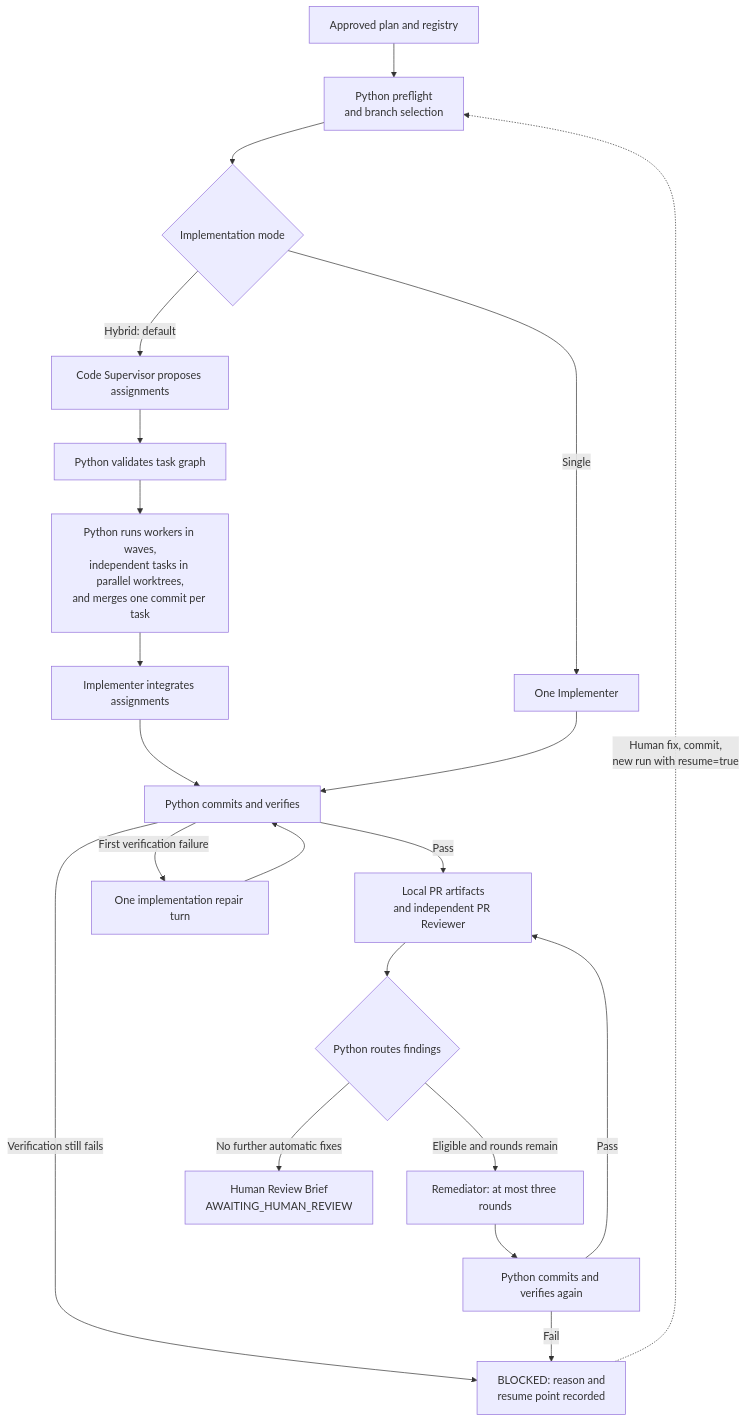
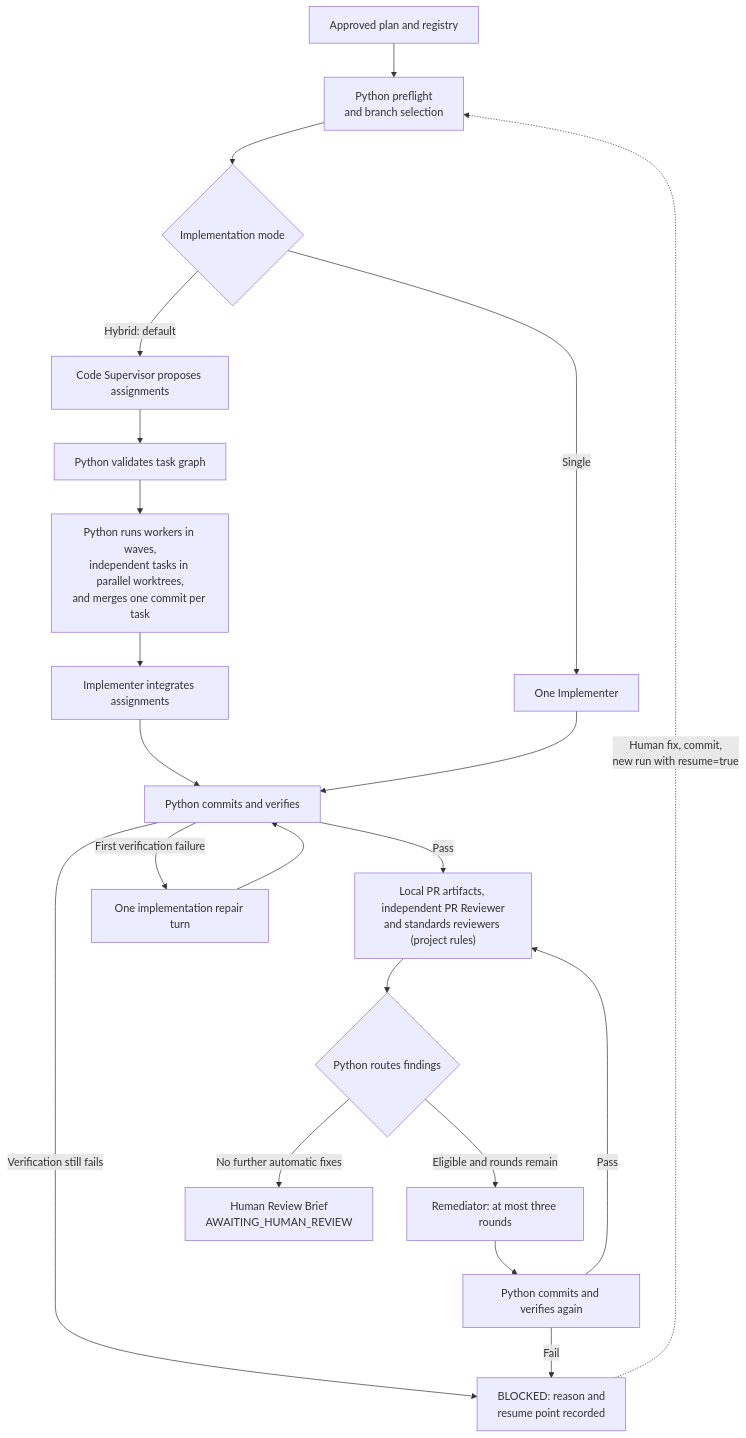
One commit to somr/awscao_agenticwflw changed the fourth of 6 diagrams in agentic-sdlc-docs/architecture.md. Above: the diagram before and after it, drawn with Mermaid. The commit also changed other lines of this file and 15 other files, not shown here.

First line of the commit message:
Document project rules for the reviewers

````diff
--- a/agentic-sdlc-docs/architecture.md
+++ b/agentic-sdlc-docs/architecture.md
@@ -105,23 +105,23 @@
 ```mermaid
 flowchart TD
     P["Approved plan and registry"] --> CHECK["Python preflight<br/>and branch selection"]
     CHECK --> MODE{"Implementation mode"}
     MODE -->|Hybrid: default| SUP["Code Supervisor proposes assignments"]
     SUP --> GRAPH["Python validates task graph"]
     GRAPH --> WORK["Python runs workers in waves,<br/>independent tasks in parallel worktrees,<br/>and merges one commit per task"]
     WORK --> INT["Implementer integrates assignments"]
     MODE -->|Single| IMP["One Implementer"]
     INT --> COMMIT["Python commits and verifies"]
     IMP --> COMMIT
-    COMMIT -->|Pass| REVIEW["Local PR artifacts<br/>and independent PR Reviewer"]
+    COMMIT -->|Pass| REVIEW["Local PR artifacts, independent PR Reviewer<br/>and standards reviewers (project rules)"]
     COMMIT -->|First verification failure| REPAIR["One implementation repair turn"]
     REPAIR --> COMMIT
     COMMIT -->|Verification still fails| BLOCK["BLOCKED: reason and<br/>resume point recorded"]
     REVIEW --> ROUTE{"Python routes findings"}
     ROUTE -->|Eligible and rounds remain| REM["Remediator: at most three rounds"]
     REM --> VERIFY["Python commits and verifies again"]
     VERIFY -->|Pass| REVIEW
     VERIFY -->|Fail| BLOCK
     ROUTE -->|No further automatic fixes| BRIEF["Human Review Brief<br/>AWAITING_HUMAN_REVIEW"]
     BLOCK -.->|"Human fix, commit,<br/>new run with resume=true"| CHECK
 ```
````
